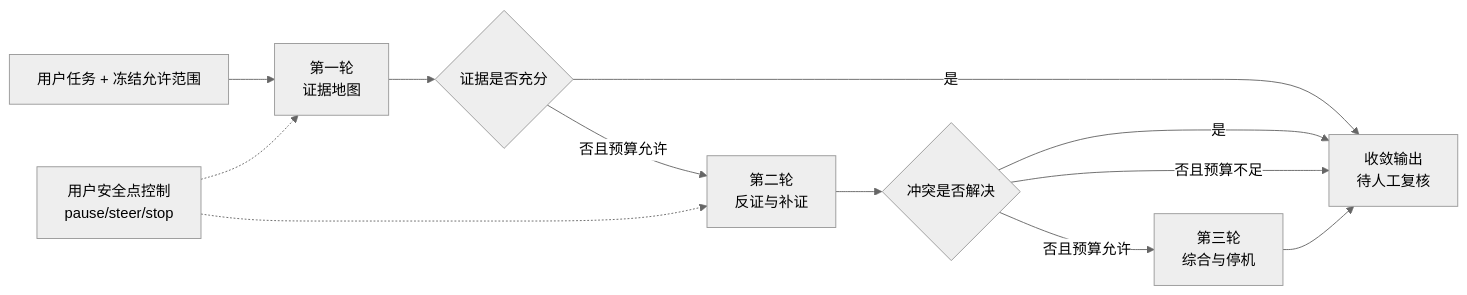
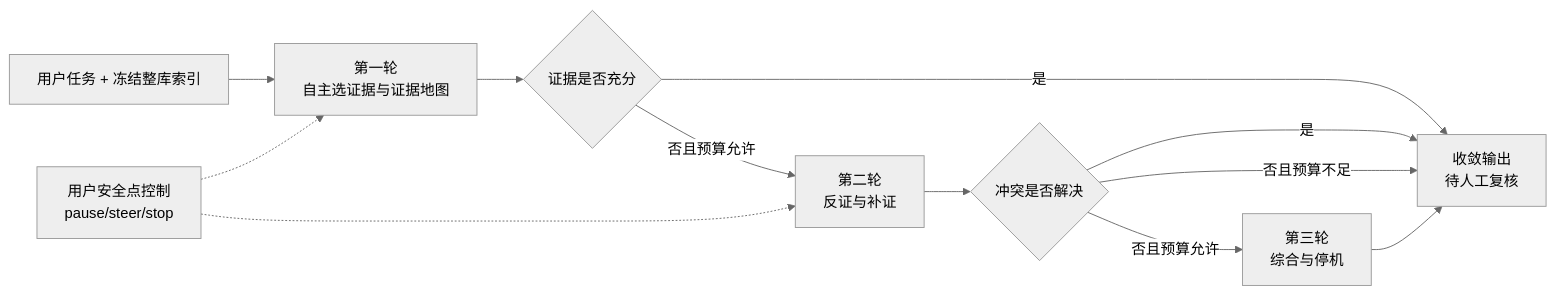
Before and after one commit to Dickey007s/lenovo_agent: the third of 4 diagrams in docs/reports/OFFICE-AGENT-DETAILED-CHINESE-REPORT-20260825.md, drawn with Mermaid (neutral theme). The commit also changed other lines of this file and 19 other files, not shown here.

````diff
--- a/docs/reports/OFFICE-AGENT-DETAILED-CHINESE-REPORT-20260825.md
+++ b/docs/reports/OFFICE-AGENT-DETAILED-CHINESE-REPORT-20260825.md
@@ -553,14 +578,14 @@
 ```mermaid
 flowchart LR
-    U[用户任务 + 冻结允许范围] --> R1[第一轮<br/>证据地图]
+    U[用户任务 + 冻结整库索引] --> R1[第一轮<br/>自主选证据与证据地图]
     R1 --> G1{证据是否充分}
     G1 -- 是 --> S[收敛输出<br/>待人工复核]
     G1 -- 否且预算允许 --> R2[第二轮<br/>反证与补证]
     U2[用户安全点控制<br/>pause/steer/stop] -.-> R1
     U2 -.-> R2
     R2 --> G2{冲突是否解决}
     G2 -- 是 --> S
     G2 -- 否且预算允许 --> R3[第三轮<br/>综合与停机]
     G2 -- 否且预算不足 --> S
     R3 --> S
 ```
````
